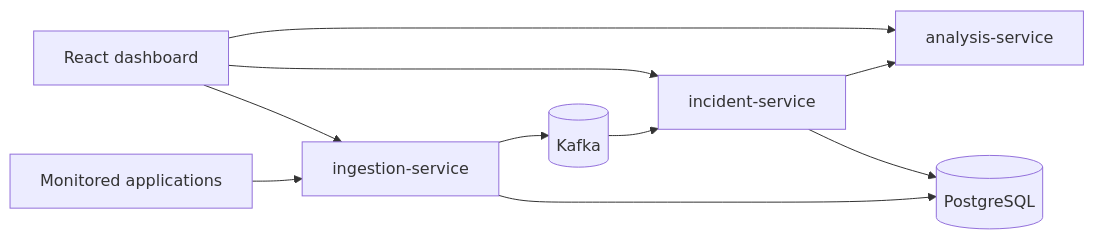
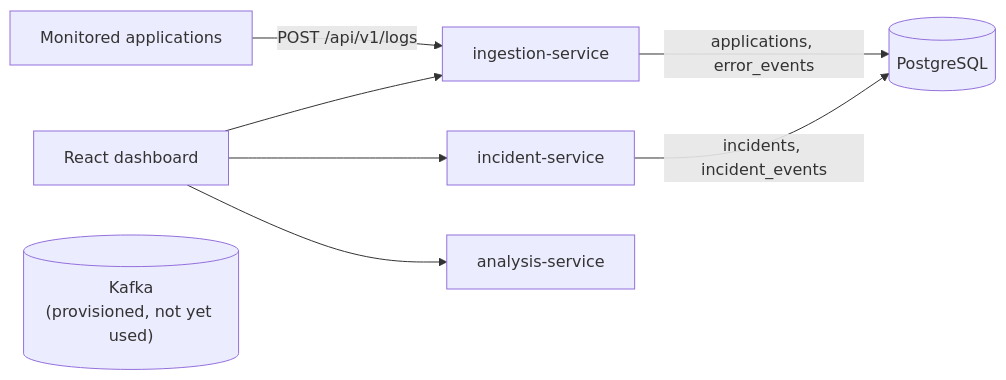
One commit to rciripireddy/ai-software-debugging-root-cause-platform changed the diagram in README.md. Above: the diagram before and after it, drawn with Mermaid. The commit also changed other lines of this file and 67 other files, not shown here.

Commit message:
feat: add log ingestion and incident persistence

````diff
--- a/README.md
+++ b/README.md
@@ -30,12 +43,10 @@
 ```mermaid
 flowchart LR
-    apps["Monitored applications"] --> ingestion["ingestion-service"]
-    ingestion --> kafka[("Kafka")]
-    kafka --> incident["incident-service"]
-    incident --> analysis["analysis-service"]
-    ingestion --> db[("PostgreSQL")]
-    incident --> db
+    apps["Monitored applications"] -->|"POST /api/v1/logs"| ingestion["ingestion-service"]
+    ingestion -->|"applications, error_events"| db[("PostgreSQL")]
+    incident["incident-service"] -->|"incidents, incident_events"| db
     ui["React dashboard"] --> ingestion
     ui --> incident
-    ui --> analysis
+    ui --> analysis["analysis-service"]
+    kafka[("Kafka<br/>(provisioned, not yet used)")]
 ```
````
